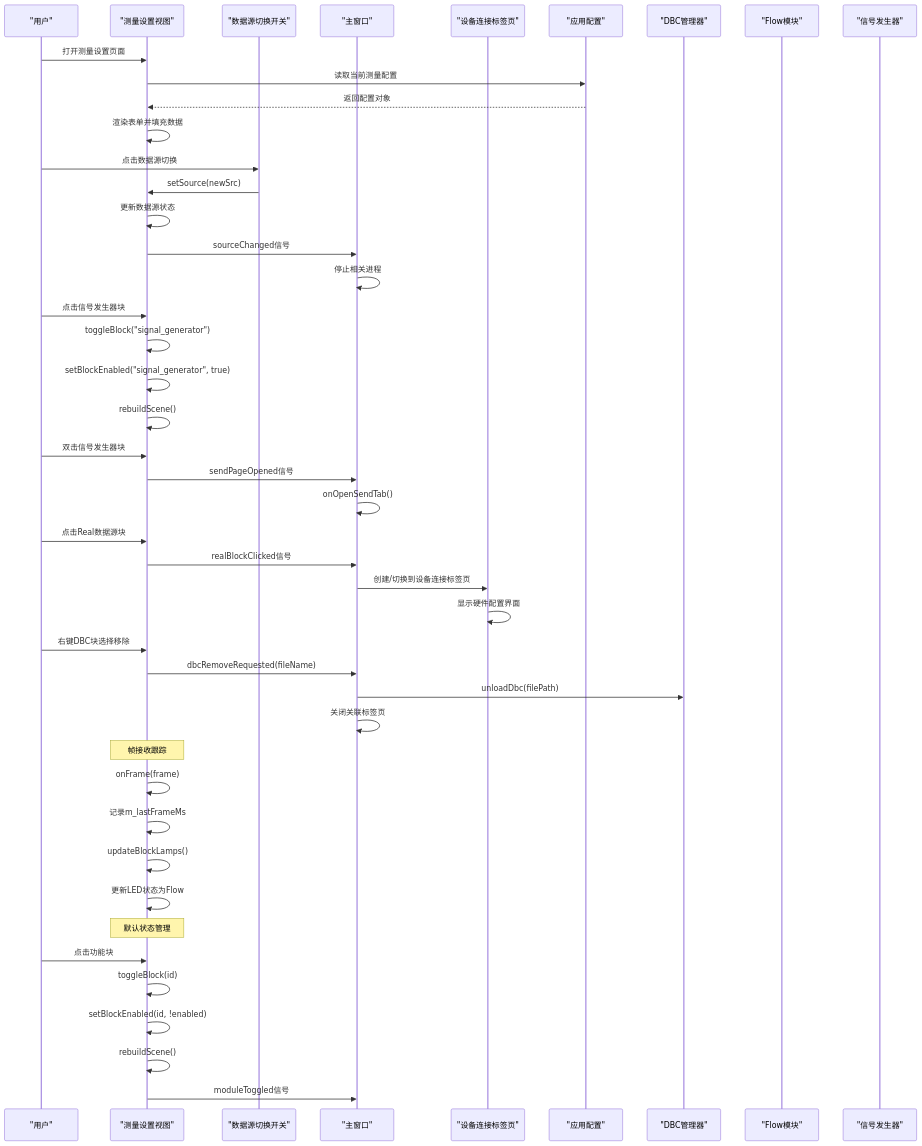
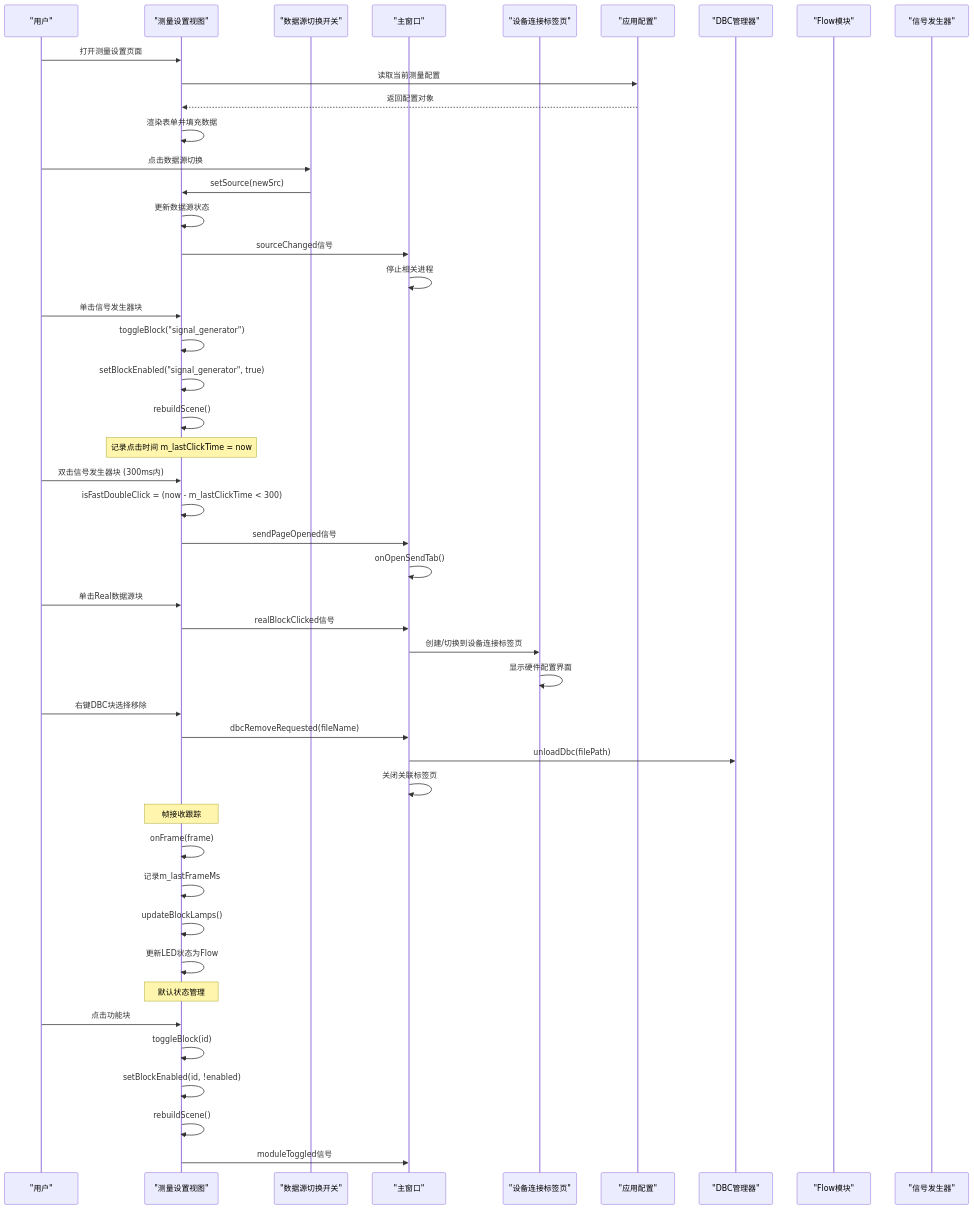
The third of 10 diagrams in .qoder/repowiki/zh/content/架构设计/UI系统设计/测量设置视图组件.md (jakecai1225-design/OpenBus), drawn with Mermaid before and after one commit. The commit also changed other lines of this file and 10 other files, not shown here.

````diff
--- a/.qoder/repowiki/zh/content/架构设计/UI系统设计/测量设置视图组件.md
+++ b/.qoder/repowiki/zh/content/架构设计/UI系统设计/测量设置视图组件.md
@@ -296,47 +312,49 @@
 ```mermaid
 sequenceDiagram
 participant User as "用户"
 participant View as "测量设置视图"
 participant Switch as "数据源切换开关"
 participant MainWin as "主窗口"
 participant DevTab as "设备连接标签页"
 participant Config as "应用配置"
 participant DBCMgr as "DBC管理器"
 participant FlowMod as "Flow模块"
 participant SignalGen as "信号发生器"
 User->>View : 打开测量设置页面
 View->>Config : 读取当前测量配置
 Config-->>View : 返回配置对象
 View->>View : 渲染表单并填充数据
 User->>Switch : 点击数据源切换
 Switch->>View : setSource(newSrc)
 View->>View : 更新数据源状态
 View->>MainWin : sourceChanged信号
 MainWin->>MainWin : 停止相关进程
-User->>View : 点击信号发生器块
+User->>View : 单击信号发生器块
 View->>View : toggleBlock("signal_generator")
 View->>View : setBlockEnabled("signal_generator", true)
 View->>View : rebuildScene()
-User->>View : 双击信号发生器块
+Note over View : 记录点击时间 m_lastClickTime = now
+User->>View : 双击信号发生器块 (300ms内)
+View->>View : isFastDoubleClick = (now - m_lastClickTime < 300)
 View->>MainWin : sendPageOpened信号
 MainWin->>MainWin : onOpenSendTab()
-User->>View : 点击Real数据源块
+User->>View : 单击Real数据源块
 View->>MainWin : realBlockClicked信号
 MainWin->>DevTab : 创建/切换到设备连接标签页
 DevTab->>DevTab : 显示硬件配置界面
 User->>View : 右键DBC块选择移除
 View->>MainWin : dbcRemoveRequested(fileName)
 MainWin->>DBCMgr : unloadDbc(filePath)
 MainWin->>MainWin : 关闭关联标签页
 Note over View : 帧接收跟踪
 View->>View : onFrame(frame)
 View->>View : 记录m_lastFrameMs
 View->>View : updateBlockLamps()
 View->>View : 更新LED状态为Flow
 Note over View : 默认状态管理
 User->>View : 点击功能块
 View->>View : toggleBlock(id)
 View->>View : setBlockEnabled(id, !enabled)
 View->>View : rebuildScene()
 View->>MainWin : moduleToggled信号
 ```
````
